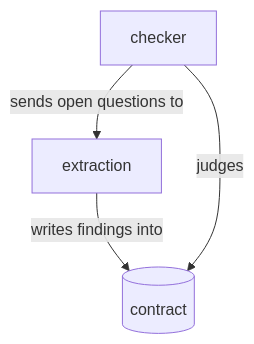
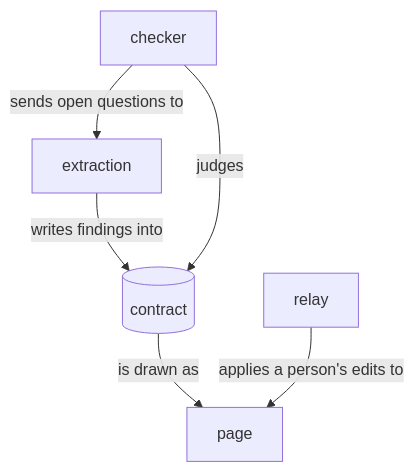
One commit to kalaluthien/mumu-claude-plugin changed the second of 3 diagrams in README.md. Above: the diagram before and after it, drawn with Mermaid. The commit also changed other lines of this file, not shown here.

````diff
--- a/README.md
+++ b/README.md
@@ -80,9 +185,13 @@
 ```mermaid
 flowchart TB
   n_extract["extraction"]
   n_contract[("contract")]
   n_checker["checker"]
+  n_page["page"]
+  n_relay["relay"]
   n_extract -->|"writes findings into"| n_contract
   n_checker -->|"judges"| n_contract
   n_checker -->|"sends open questions to"| n_extract
+  n_contract -->|"is drawn as"| n_page
+  n_relay -->|"applies a person's edits to"| n_page
 ```
````
